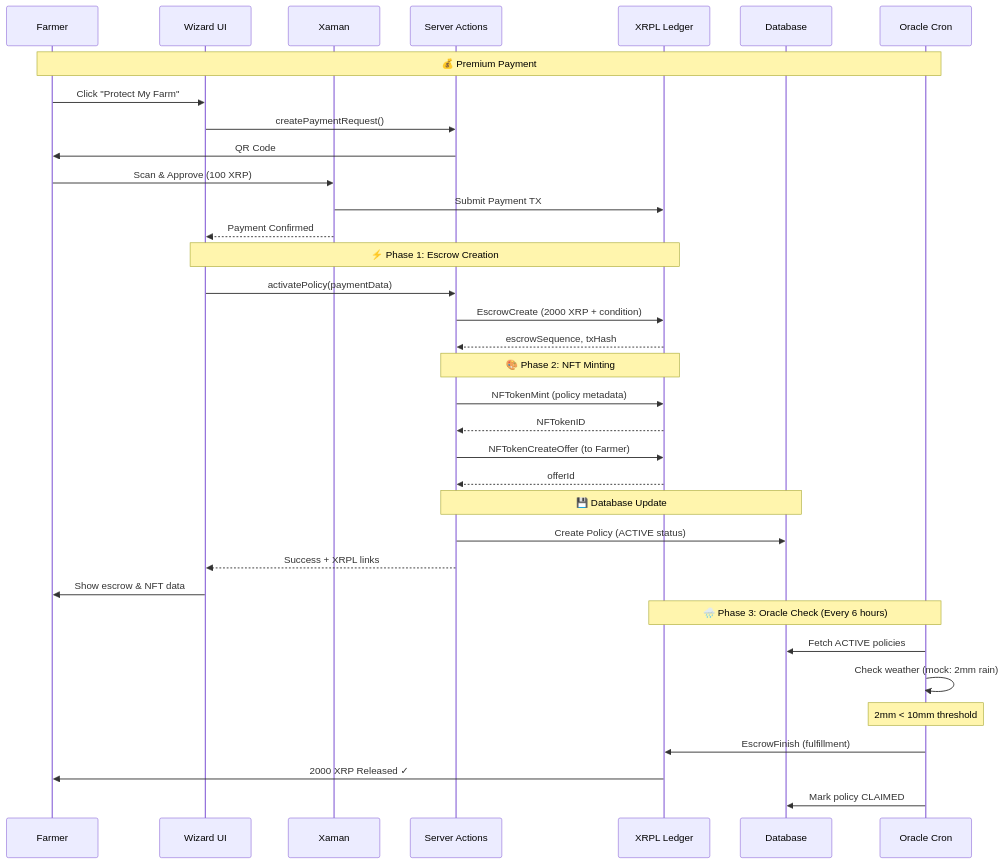
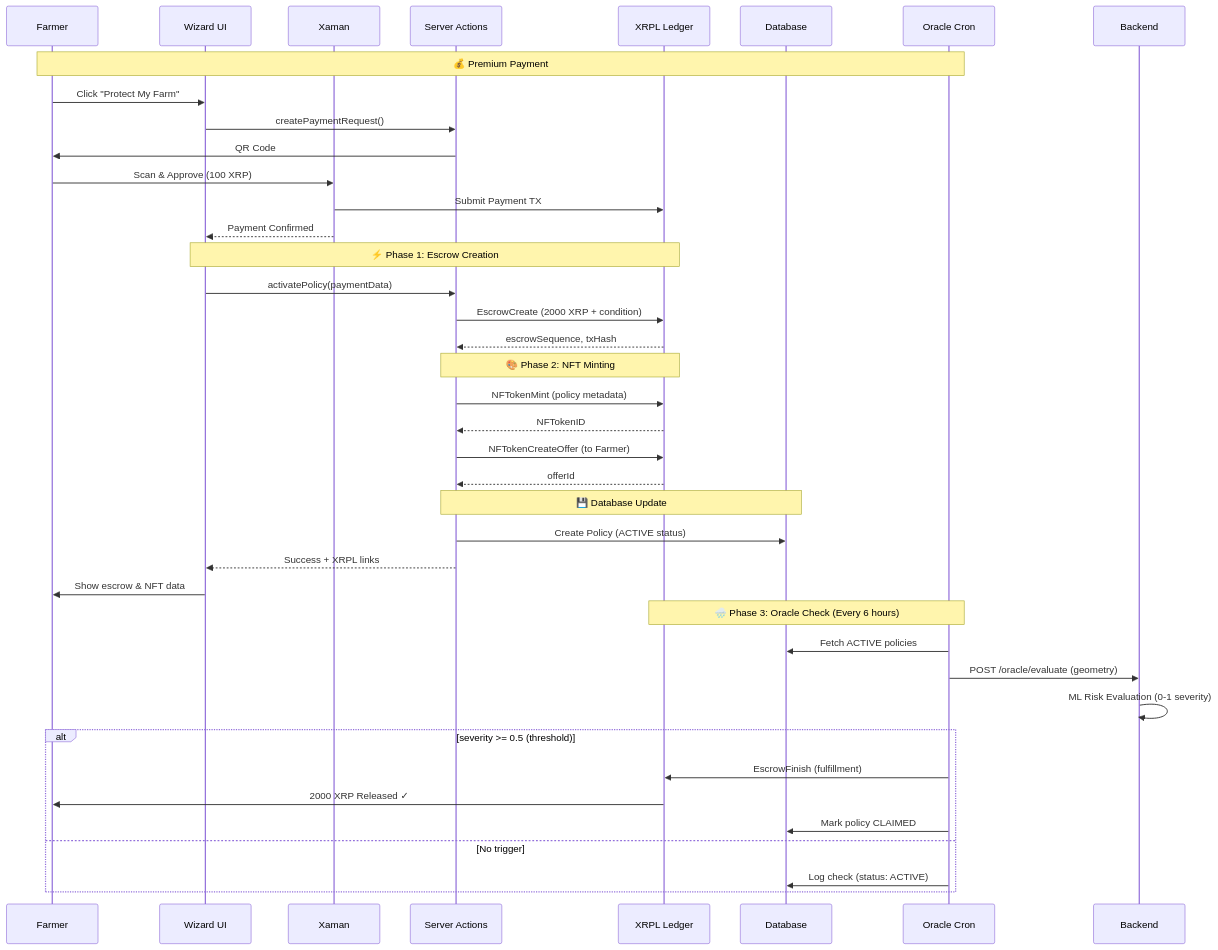
The second of 6 diagrams in README.md (ianp-1/Canopy), drawn with Mermaid before and after one commit. The commit also changed other lines of this file and 23 other files, not shown here.

Commit message:
feat: Add Python AI Oracle backend with Docker support and update related oracle logic and documentation.

````diff
--- a/README.md
+++ b/README.md
@@ -54,42 +64,46 @@
 ```mermaid
 sequenceDiagram
     participant Farmer
     participant Wizard as Wizard UI
     participant Xaman
     participant Actions as Server Actions
     participant XRPL as XRPL Ledger
     participant DB as Database
     participant Cron as Oracle Cron
 
     Note over Farmer,Cron: 💰 Premium Payment
     Farmer->>Wizard: Click "Protect My Farm"
     Wizard->>Actions: createPaymentRequest()
     Actions->>Farmer: QR Code
     Farmer->>Xaman: Scan & Approve (100 XRP)
     Xaman->>XRPL: Submit Payment TX
     Xaman-->>Wizard: Payment Confirmed
 
     Note over Wizard,XRPL: ⚡ Phase 1: Escrow Creation
     Wizard->>Actions: activatePolicy(paymentData)
     Actions->>XRPL: EscrowCreate (2000 XRP + condition)
     XRPL-->>Actions: escrowSequence, txHash
 
     Note over Actions,XRPL: 🎨 Phase 2: NFT Minting
     Actions->>XRPL: NFTokenMint (policy metadata)
     XRPL-->>Actions: NFTokenID
     Actions->>XRPL: NFTokenCreateOffer (to Farmer)
     XRPL-->>Actions: offerId
     
     Note over Actions,DB: 💾 Database Update
     Actions->>DB: Create Policy (ACTIVE status)
     Actions-->>Wizard: Success + XRPL links
     Wizard->>Farmer: Show escrow & NFT data
 
     Note over Cron,XRPL: 🌧️ Phase 3: Oracle Check (Every 6 hours)
     Cron->>DB: Fetch ACTIVE policies
-    Cron->>Cron: Check weather (mock: 2mm rain)
-    Note over Cron: 2mm < 10mm threshold
-    Cron->>XRPL: EscrowFinish (fulfillment)
-    XRPL->>Farmer: 2000 XRP Released ✓
-    Cron->>DB: Mark policy CLAIMED
+    Cron->>Backend: POST /oracle/evaluate (geometry)
+    Backend->>Backend: ML Risk Evaluation (0-1 severity)
+    alt severity >= 0.5 (threshold)
+        Cron->>XRPL: EscrowFinish (fulfillment)
+        XRPL->>Farmer: 2000 XRP Released ✓
+        Cron->>DB: Mark policy CLAIMED
+    else No trigger
+        Cron->>DB: Log check (status: ACTIVE)
+    end
 ```
````
